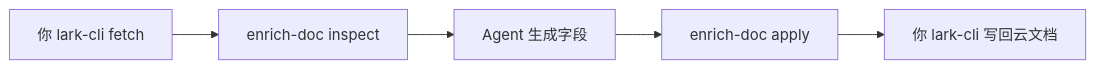
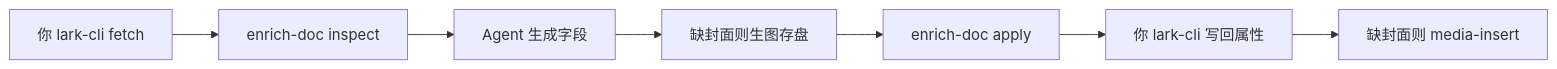
The diagram in skills/enrich-doc/SKILL.md (dinghongfei/xiaoqi), drawn with Mermaid before and after one commit. The commit also changed other lines of this file and 10 other files, not shown here.

````diff
--- a/skills/enrich-doc/SKILL.md
+++ b/skills/enrich-doc/SKILL.md
@@ -67,7 +79,9 @@
 ```mermaid
 flowchart LR
   fetch[你 lark-cli fetch] --> inspect[enrich-doc inspect]
   inspect --> gen[Agent 生成字段]
-  gen --> apply[enrich-doc apply]
-  apply --> write[你 lark-cli 写回云文档]
+  gen --> img[缺封面则生图存盘]
+  img --> apply[enrich-doc apply]
+  apply --> write[你 lark-cli 写回属性]
+  write --> insert[缺封面则 media-insert]
 ```
````
